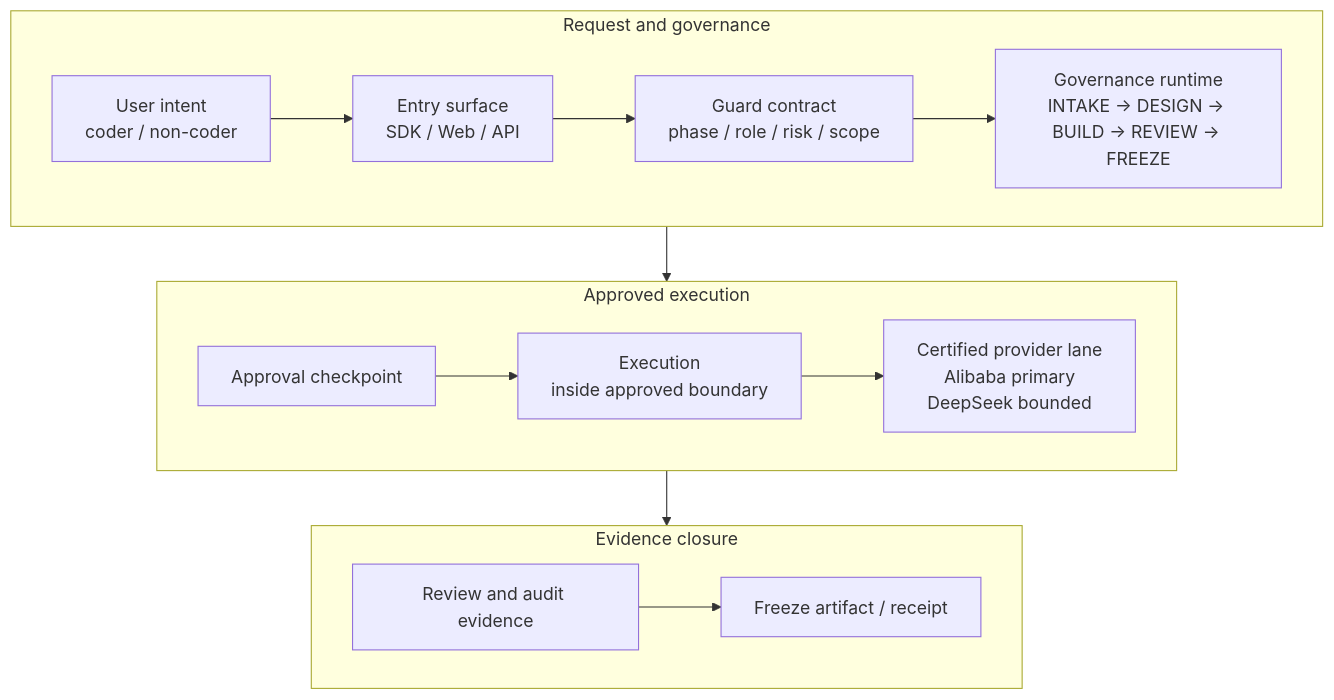
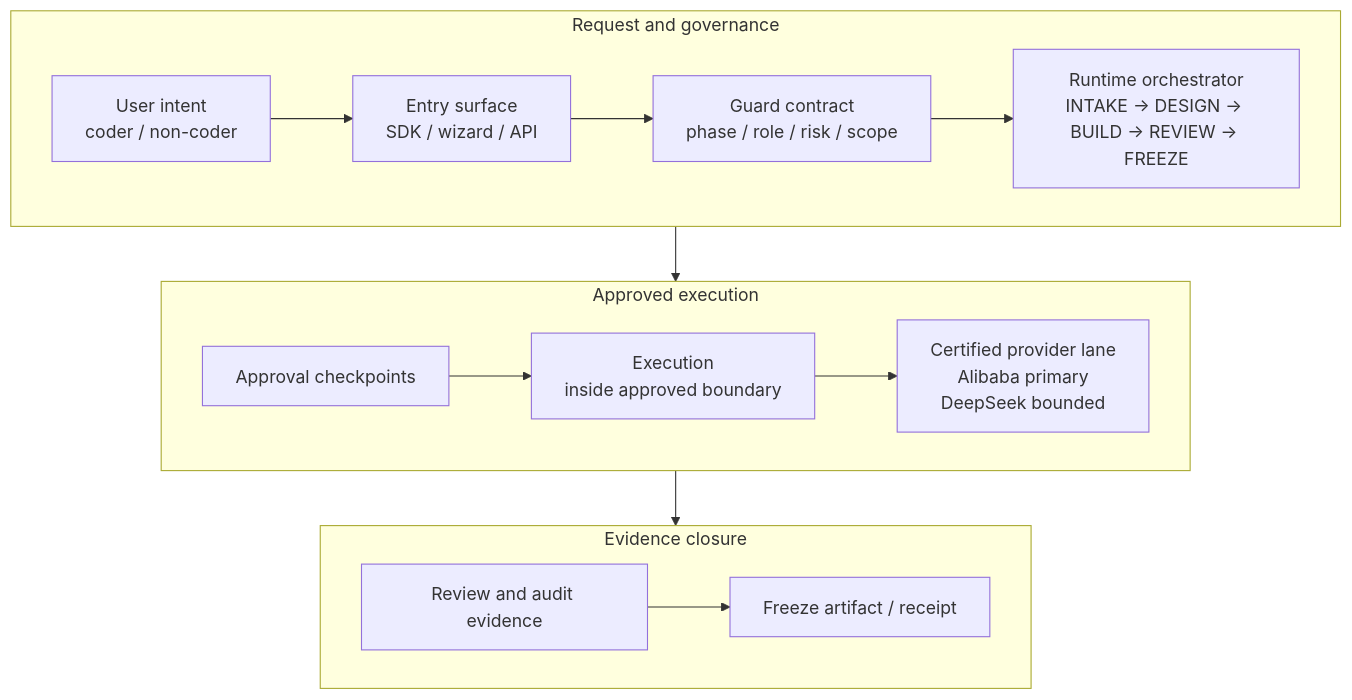
One commit to Blackbird081/Controlled-Vibe-Framework-CVF changed the third of 4 diagrams in ARCHITECTURE.md. Above: the diagram before and after it, drawn with Mermaid. The commit also changed other lines of this file and 2876 other files, not shown here.

First line of the commit message:
sync: public surface update from governance@8e2e93c5

````diff
--- a/ARCHITECTURE.md
+++ b/ARCHITECTURE.md
@@ -198,27 +129,32 @@
 ```mermaid
 flowchart TB
-  subgraph Request["Request and governance"]
-    direction LR
-    Intent["User intent<br/>coder / non-coder"]
-    Entry["Entry surface<br/>SDK / Web / API"]
-    Guard["Guard contract<br/>phase / role / risk / scope"]
-    Runtime["Governance runtime<br/>INTAKE -> DESIGN -> BUILD -> REVIEW -> FREEZE"]
-  end
+    subgraph REQUEST["Request and governance"]
+        direction LR
+        INTENT["User intent<br/>coder / non-coder"]
+        ENTRY["Entry surface<br/>SDK / wizard / API"]
+        GUARDS["Guard contract<br/>phase / role / risk / scope"]
+        ORCH["Runtime orchestrator<br/>INTAKE -> DESIGN -> BUILD -> REVIEW -> FREEZE"]
+    end
 
-  subgraph Run["Approved execution"]
-    direction LR
-    Approval["Approval checkpoint"]
-    Execute["Execution<br/>inside approved boundary"]
-    Provider["Certified provider lane<br/>Alibaba primary<br/>DeepSeek bounded"]
-  end
+    subgraph RUN["Approved execution"]
+        direction LR
+        APPROVAL["Approval checkpoints"]
+        EXEC["Execution<br/>inside approved boundary"]
+        PROVIDER["Certified provider lane<br/>Alibaba primary<br/>DeepSeek bounded"]
+    end
 
-  subgraph Close["Evidence closure"]
-    direction LR
-    Review["Review and audit evidence"]
-    Receipt["Freeze artifact / receipt"]
-  end
+    subgraph CLOSE["Evidence closure"]
+        direction LR
+        REVIEW["Review and audit evidence"]
+        FREEZE["Freeze artifact / receipt"]
+    end
 
-  Intent --> Entry --> Guard --> Runtime
-  Runtime --> Approval --> Execute --> Provider
-  Provider --> Review --> Receipt
+    INTENT --> ENTRY
+    ENTRY --> GUARDS
+    GUARDS --> ORCH
+    ORCH --> APPROVAL
+    APPROVAL --> EXEC
+    EXEC --> PROVIDER
+    PROVIDER --> REVIEW
+    REVIEW --> FREEZE
 ```
````
